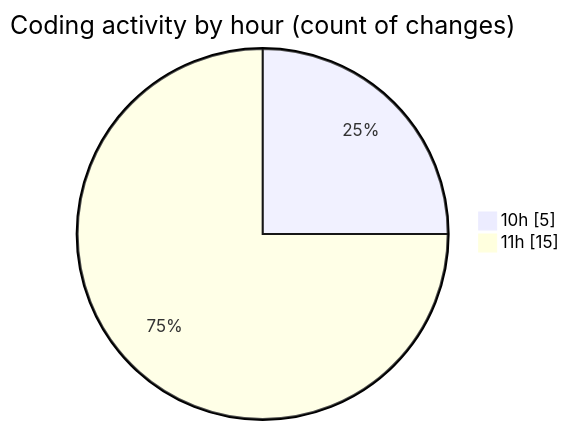
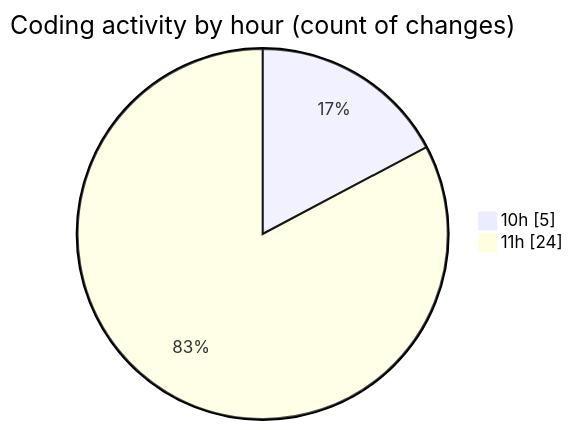
The second of 2 diagrams in 2025-07-07/cda/README.md (momahboobian/code-tracking), drawn with Mermaid before and after one commit. The commit also changed other lines of this file and 1 other file, not shown here.

````diff
--- a/2025-07-07/cda/README.md
+++ b/2025-07-07/cda/README.md
@@ -34,6 +35,6 @@
 ```mermaid
 pie showData
 title Coding activity by hour (count of changes)
 "10h" : 5
-"11h" : 15
+"11h" : 24
 ```
````
